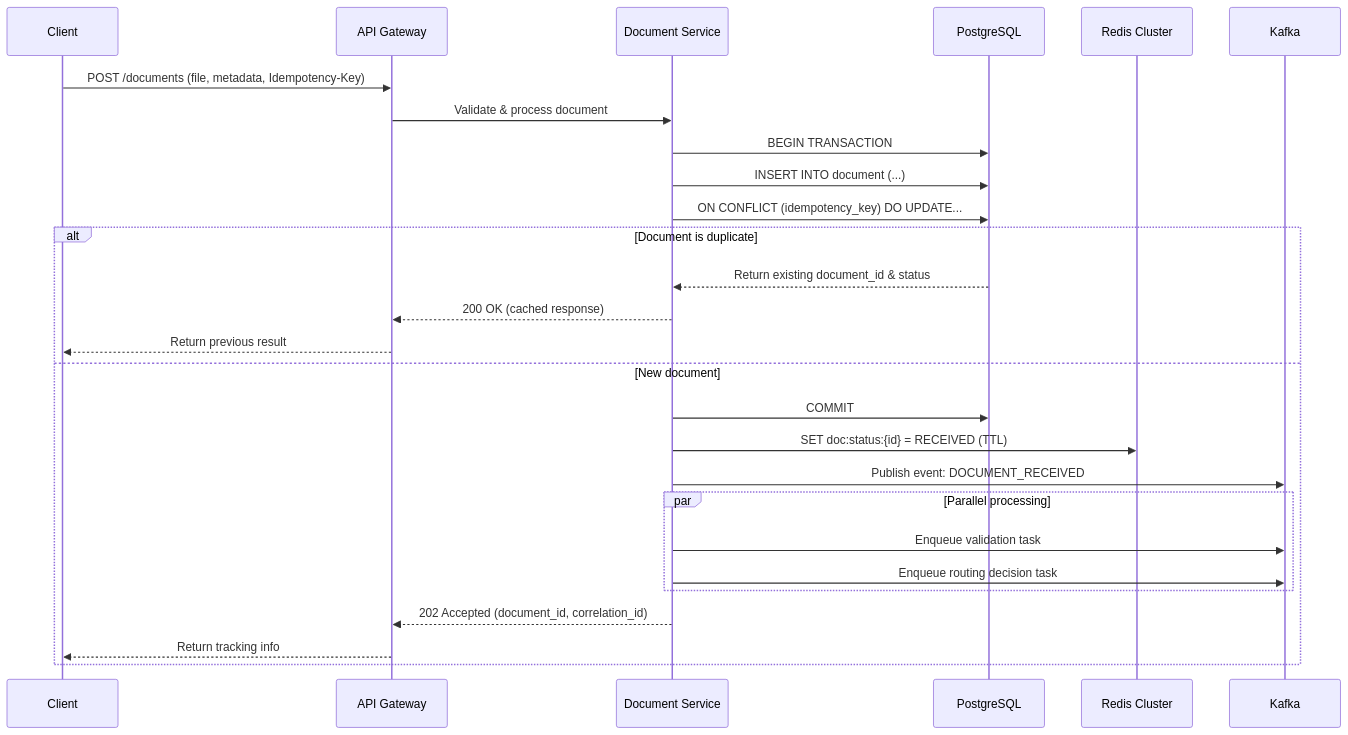
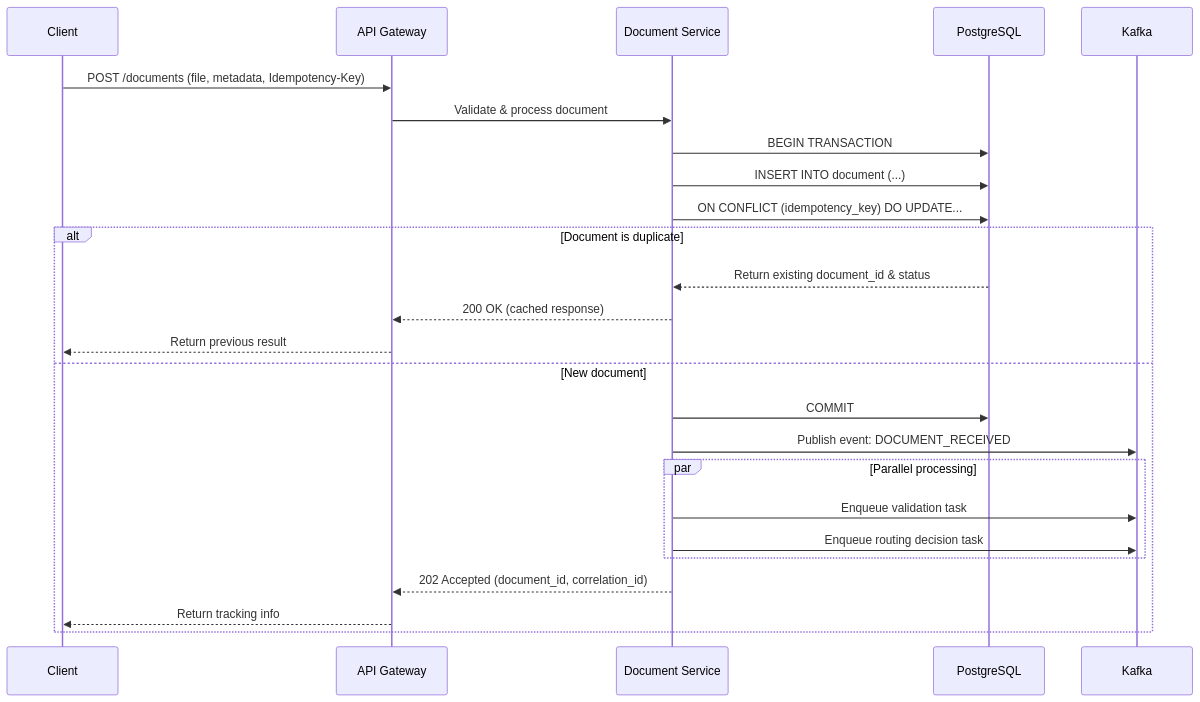
The second of 5 diagrams in dev-solution-documents.md (AlexanderScheqolev/DS_DDF), drawn with Mermaid before and after one commit.

Commit message:
Update dev-solution-documents.md
gп3

````diff
--- a/dev-solution-documents.md
+++ b/dev-solution-documents.md
@@ -297,34 +297,32 @@
 ```mermaid
 sequenceDiagram
     participant Client
     participant API as API Gateway
     participant DocSvc as Document Service
     participant DB as PostgreSQL
-    participant Cache as Redis Cluster
     participant Queue as Kafka
 
     Client->>API: POST /documents (file, metadata, Idempotency-Key)
     API->>DocSvc: Validate & process document
     
     DocSvc->>DB: BEGIN TRANSACTION
     DocSvc->>DB: INSERT INTO document (...)
     DocSvc->>DB: ON CONFLICT (idempotency_key) DO UPDATE...
     
     alt Document is duplicate
         DB-->>DocSvc: Return existing document_id & status
         DocSvc-->>API: 200 OK (cached response)
         API-->>Client: Return previous result
     else New document
         DocSvc->>DB: COMMIT
-        DocSvc->>Cache: SET doc:status:{id} = RECEIVED (TTL)
         DocSvc->>Queue: Publish event: DOCUMENT_RECEIVED
         
         par Parallel processing
             DocSvc->>Queue: Enqueue validation task
             DocSvc->>Queue: Enqueue routing decision task
         end
         
         DocSvc-->>API: 202 Accepted (document_id, correlation_id)
         API-->>Client: Return tracking info
     end
 ```
````
